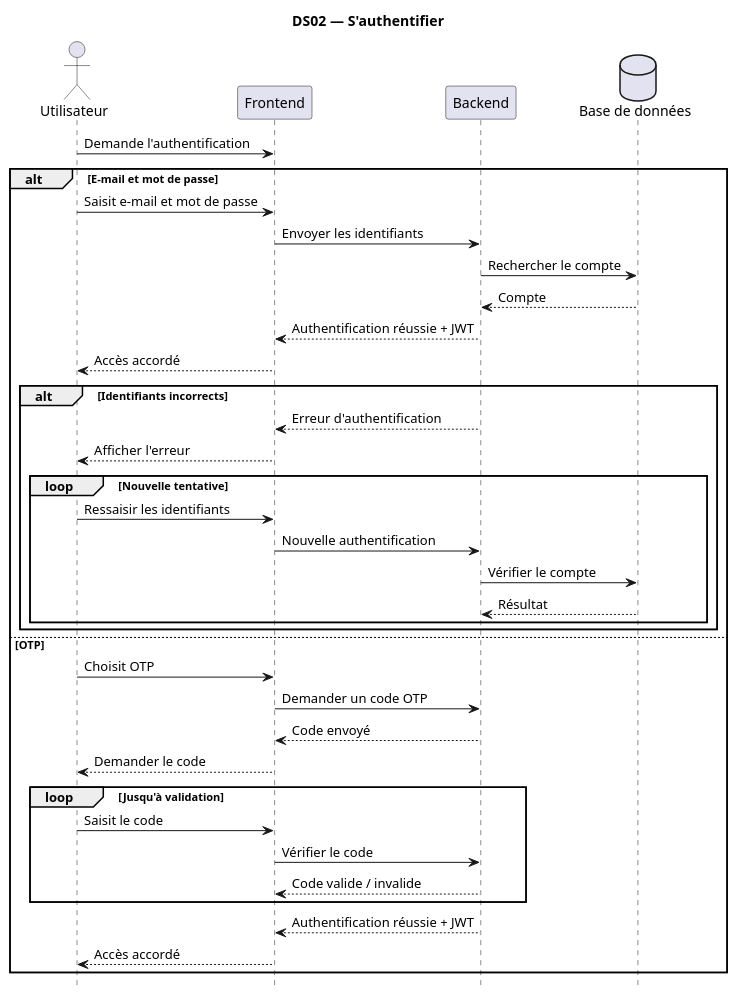
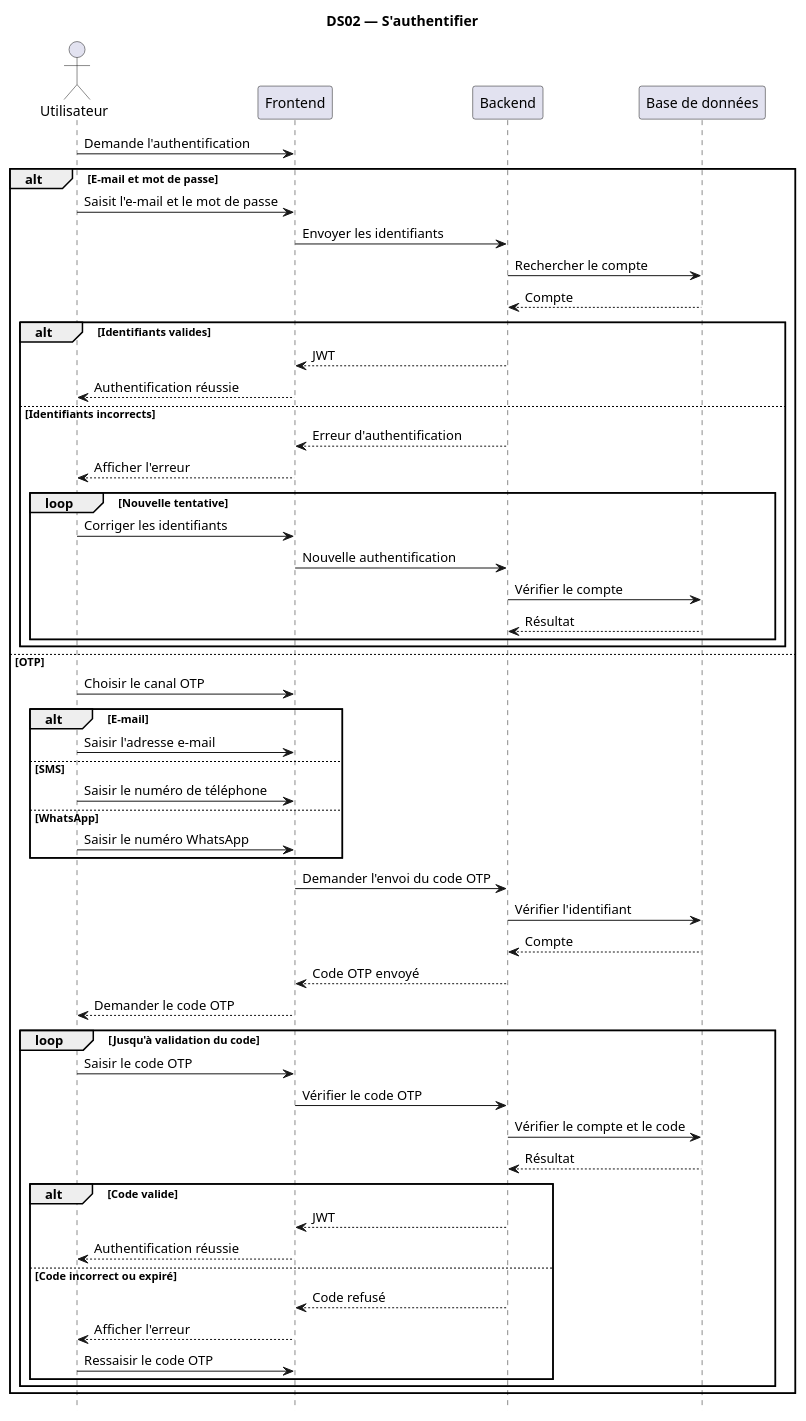
The diagram in UML_JeryMotro/DS02_Sauthentifier.plantuml (TkAbeleon/NoteAcemiqueProjetSoutenanceL3), drawn with PlantUML before and after one commit.

Commit message:
Corriger DS02 avec les 3 canaux OTP

```diff
--- a/UML_JeryMotro/DS02_Sauthentifier.plantuml
+++ b/UML_JeryMotro/DS02_Sauthentifier.plantuml
@@ -1,46 +1,68 @@
 @startuml
 
 title DS02 — S'authentifier
 hide footbox
 skinparam shadowing false
 
 actor "Utilisateur" as U
 participant "Frontend" as F
 participant "Backend" as B
-database "Base de données" as DB
+participant "Base de données" as DB
 
 U -> F : Demande l'authentification
 
 alt E-mail et mot de passe
-    U -> F : Saisit e-mail et mot de passe
+    U -> F : Saisit l'e-mail et le mot de passe
     F -> B : Envoyer les identifiants
     B -> DB : Rechercher le compte
     DB --> B : Compte
-    B --> F : Authentification réussie + JWT
-    F --> U : Accès accordé
 
-    alt Identifiants incorrects
+    alt Identifiants valides
+        B --> F : JWT
+        F --> U : Authentification réussie
+    else Identifiants incorrects
         B --> F : Erreur d'authentification
         F --> U : Afficher l'erreur
         loop Nouvelle tentative
-            U -> F : Ressaisir les identifiants
+            U -> F : Corriger les identifiants
             F -> B : Nouvelle authentification
             B -> DB : Vérifier le compte
             DB --> B : Résultat
         end
     end
+
 else OTP
-    U -> F : Choisit OTP
-    F -> B : Demander un code OTP
-    B --> F : Code envoyé
-    F --> U : Demander le code
-    loop Jusqu'à validation
-        U -> F : Saisit le code
-        F -> B : Vérifier le code
-        B --> F : Code valide / invalide
+    U -> F : Choisir le canal OTP
+
+    alt E-mail
+        U -> F : Saisir l'adresse e-mail
+    else SMS
+        U -> F : Saisir le numéro de téléphone
+    else WhatsApp
+        U -> F : Saisir le numéro WhatsApp
     end
-    B --> F : Authentification réussie + JWT
-    F --> U : Accès accordé
+
+    F -> B : Demander l'envoi du code OTP
+    B -> DB : Vérifier l'identifiant
+    DB --> B : Compte
+    B --> F : Code OTP envoyé
+    F --> U : Demander le code OTP
+
+    loop Jusqu'à validation du code
+        U -> F : Saisir le code OTP
+        F -> B : Vérifier le code OTP
+        B -> DB : Vérifier le compte et le code
+        DB --> B : Résultat
+
+        alt Code valide
+            B --> F : JWT
+            F --> U : Authentification réussie
+        else Code incorrect ou expiré
+            B --> F : Code refusé
+            F --> U : Afficher l'erreur
+            U -> F : Ressaisir le code OTP
+        end
+    end
 end
 
 @enduml
```
